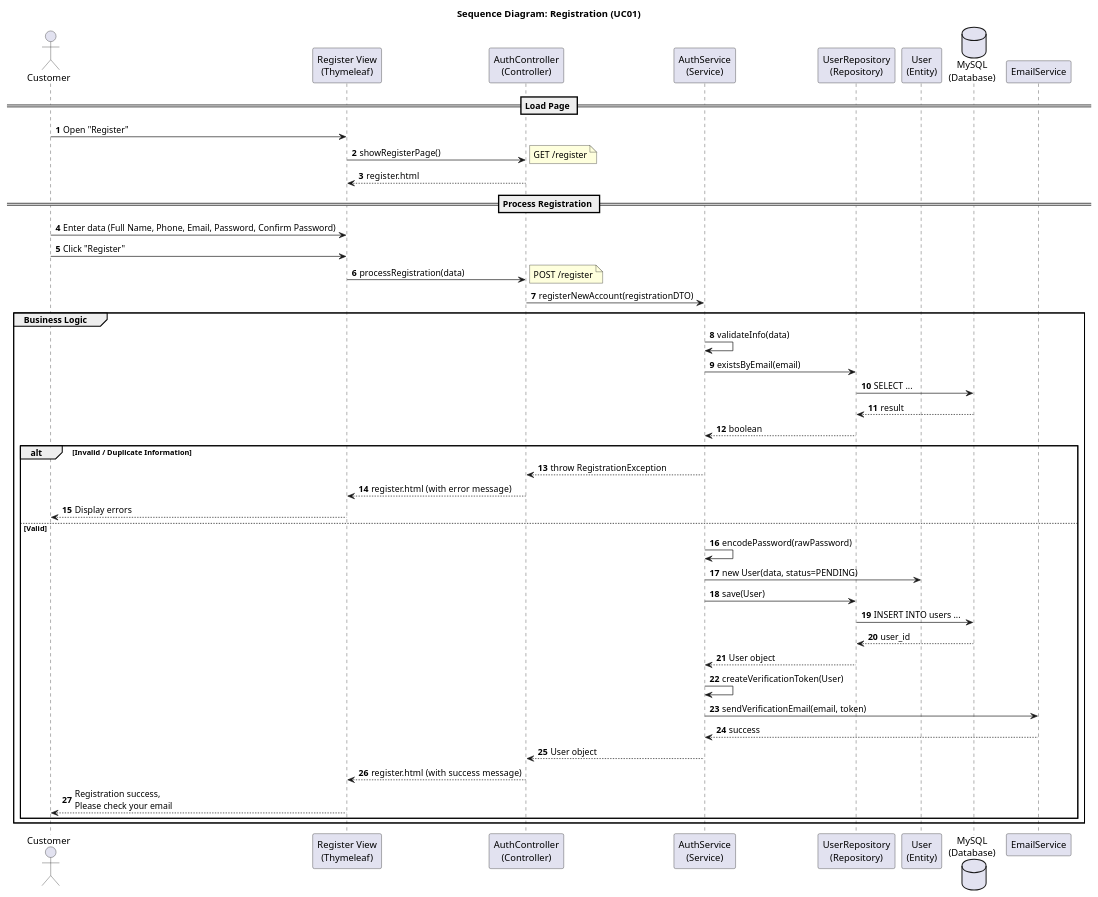
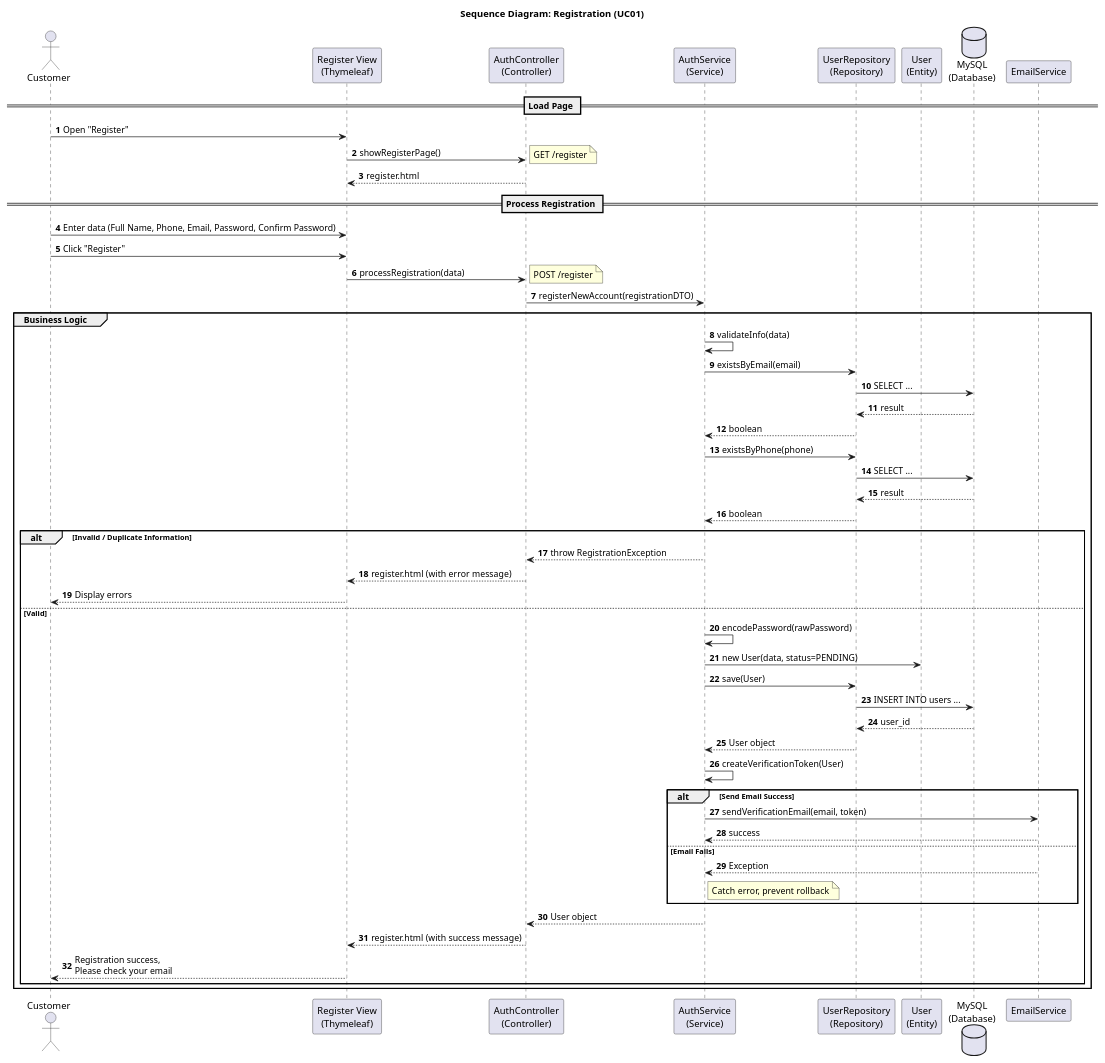
One commit to Peterdir/fashion-store-system changed the diagram in src/main/java/org/example/fashionstoresystem/uml/Sequence/SD01_Registration.puml. Above: the diagram before and after it, drawn with PlantUML. The commit also changed 28 other files, not shown here.

```diff
--- a/src/main/java/org/example/fashionstoresystem/uml/Sequence/SD01_Registration.puml
+++ b/src/main/java/org/example/fashionstoresystem/uml/Sequence/SD01_Registration.puml
@@ -1,57 +1,68 @@
 @startuml
 title Sequence Diagram: Registration (UC01)
 
 autonumber
 actor Customer
 participant "Register View\n(Thymeleaf)" as View
 participant "AuthController\n(Controller)" as Controller
 participant "AuthService\n(Service)" as Service
 participant "UserRepository\n(Repository)" as Repository
 participant "User\n(Entity)" as Entity
 database "MySQL\n(Database)" as DB
 participant "EmailService" as Mail
 
 == Load Page ==
 Customer -> View : Open "Register"
 View -> Controller : showRegisterPage()
 note right: GET /register
 Controller --> View : register.html
 
 == Process Registration ==
 Customer -> View : Enter data (Full Name, Phone, Email, Password, Confirm Password)
 Customer -> View : Click "Register"
 View -> Controller : processRegistration(data)
 note right: POST /register
 Controller -> Service : registerNewAccount(registrationDTO)
 
 group Business Logic
     Service -> Service : validateInfo(data)
 
     Service -> Repository : existsByEmail(email)
     Repository -> DB : SELECT ...
     DB --> Repository : result
     Repository --> Service: boolean
+    
+    Service -> Repository : existsByPhone(phone)
+    Repository -> DB : SELECT ...
+    DB --> Repository : result
+    Repository --> Service: boolean
 
     alt Invalid / Duplicate Information
         Service --> Controller : throw RegistrationException
         Controller --> View : register.html (with error message)
         View --> Customer : Display errors
     else Valid
         Service -> Service : encodePassword(rawPassword)
         Service -> Entity: new User(data, status=PENDING)
 
         Service -> Repository : save(User)
         Repository -> DB : INSERT INTO users ...
         DB --> Repository : user_id
         Repository --> Service : User object
 
         Service -> Service : createVerificationToken(User)
-        Service -> Mail : sendVerificationEmail(email, token)
-        Mail --> Service : success
+        
+        alt Send Email Success
+            Service -> Mail : sendVerificationEmail(email, token)
+            Mail --> Service : success
+        else Email Fails
+            Mail --> Service : Exception
+            note right of Service: Catch error, prevent rollback
+        end
 
         Service --> Controller : User object
         Controller --> View : register.html (with success message)
         View --> Customer : Registration success, \nPlease check your email
     end
 end
 @enduml
```
